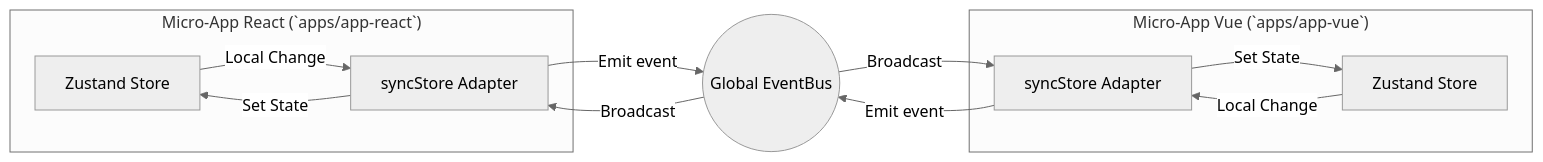
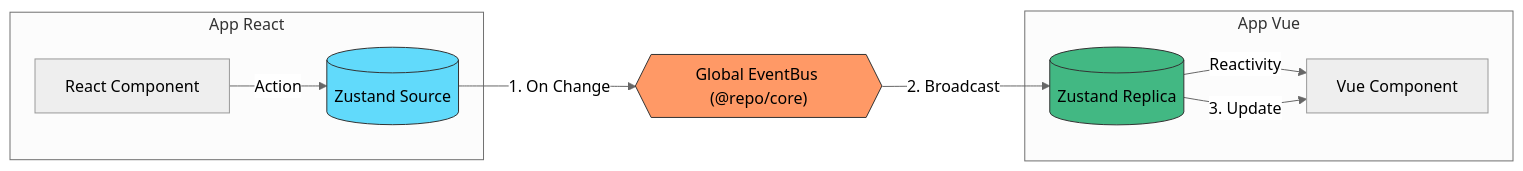
The third of 5 diagrams in docs/TECHNICAL_OVERVIEW.md (tian972k/micro-fontend-base), drawn with Mermaid (neutral theme) before and after one commit. The commit also changed other lines of this file and 5 other files, not shown here.

First line of the commit message:
docs: extensive update with illustrative diagrams and environment examples

````diff
--- a/docs/TECHNICAL_OVERVIEW.md
+++ b/docs/TECHNICAL_OVERVIEW.md
@@ -41,24 +72,24 @@
 ```mermaid
-graph LR
-    subgraph AppReact ["Micro-App React (`apps/app-react`)"]
-        StoreA[Zustand Store]
-        SyncA[syncStore Adapter]
+flowchart LR
+    subgraph "App React"
+        ReactStore[("Zustand Source")]
+        ReactComp[React Component]
+        ReactComp -->|Action| ReactStore
     end
 
-    subgraph AppVue ["Micro-App Vue (`apps/app-vue`)"]
-        StoreB[Zustand Store]
-        SyncB[syncStore Adapter]
+    subgraph "App Vue"
+        VueStore[("Zustand Replica")]
+        VueComp[Vue Component]
+        VueStore -->|Reactivity| VueComp
     end
 
-    Bus((Global EventBus))
+    Bus{{"Global EventBus (@repo/core)"}}
 
-    StoreA -->|Local Change| SyncA
-    SyncA -->|Emit event| Bus
-    Bus -->|Broadcast| SyncB
-    SyncB -->|Set State| StoreB
+    ReactStore -->|1. On Change| Bus
+    Bus -->|2. Broadcast| VueStore
+    VueStore -->|3. Update| VueComp
 
-    StoreB -->|Local Change| SyncB
-    SyncB -->|Emit event| Bus
-    Bus -->|Broadcast| SyncA
-    SyncA -->|Set State| StoreA
+    style Bus fill:#f96,stroke:#333
+    style ReactStore fill:#61dafb,stroke:#333
+    style VueStore fill:#42b883,stroke:#333
 ```
````
